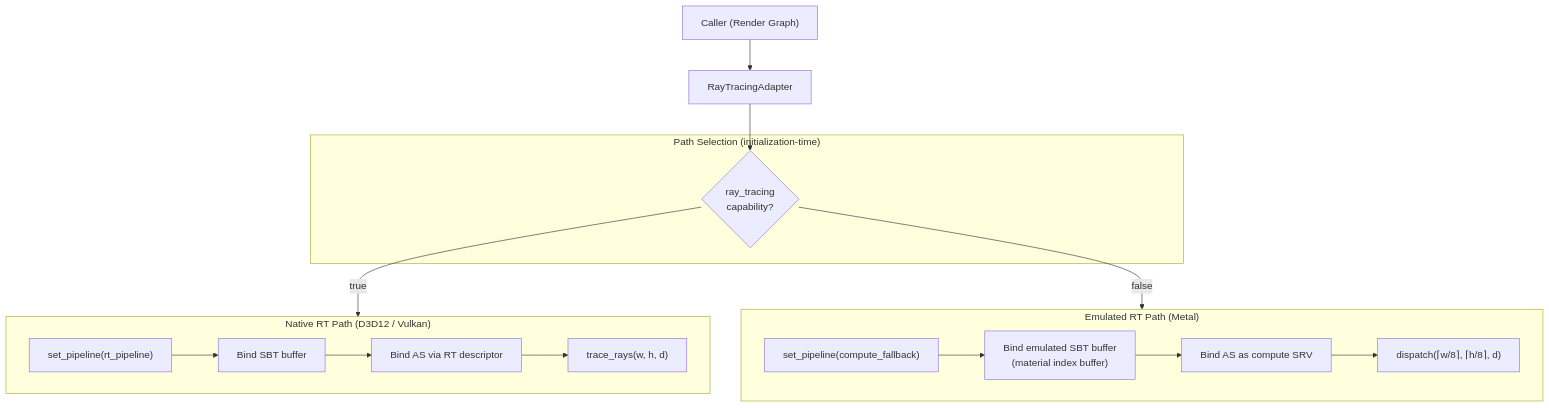
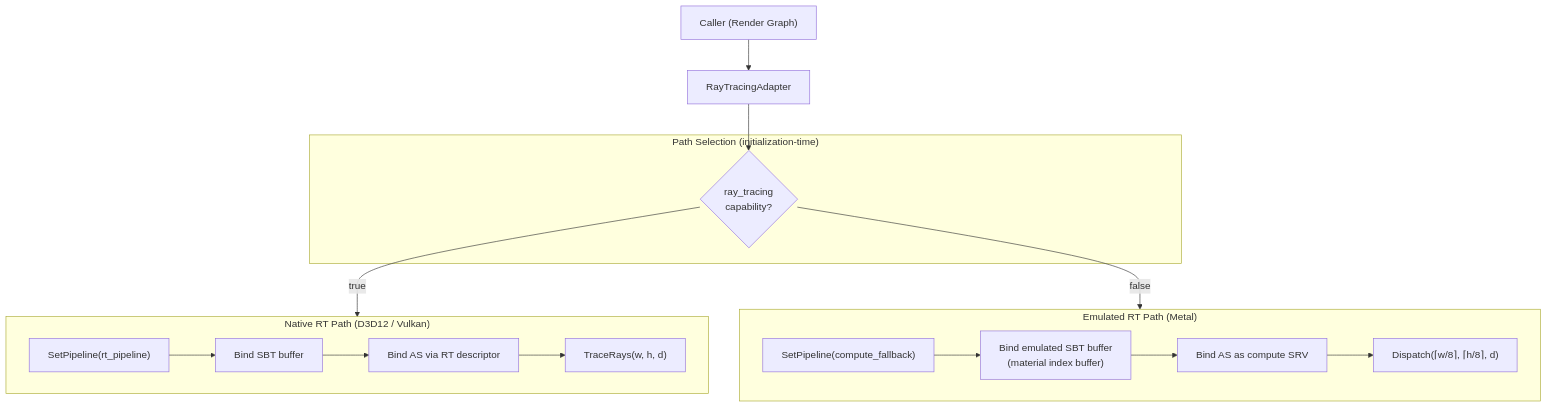
One commit to harmonius-dev/harmonius changed the fifth of 6 diagrams in docs/design/gpu-runtime.md. Above: the diagram before and after it, drawn with Mermaid. The commit also changed other lines of this file and 67 other files, not shown here.

````diff
--- a/docs/design/gpu-runtime.md
+++ b/docs/design/gpu-runtime.md
@@ -895,30 +882,30 @@
 ```mermaid
 flowchart TD
     Caller["Caller (Render Graph)"]
     RTA["RayTracingAdapter"]
 
     subgraph Decision["Path Selection (initialization-time)"]
         Cap{"ray_tracing<br/>capability?"}
     end
 
     subgraph Native["Native RT Path (D3D12 / Vulkan)"]
-        SetRT["set_pipeline(rt_pipeline)"]
+        SetRT["SetPipeline(rt_pipeline)"]
         BindSBT["Bind SBT buffer"]
         BindAS_N["Bind AS via RT descriptor"]
-        TraceRays["trace_rays(w, h, d)"]
+        TraceRays["TraceRays(w, h, d)"]
     end
 
     subgraph Emulated["Emulated RT Path (Metal)"]
-        SetComp["set_pipeline(compute_fallback)"]
+        SetComp["SetPipeline(compute_fallback)"]
         BindMat["Bind emulated SBT buffer<br/>(material index buffer)"]
         BindAS_E["Bind AS as compute SRV"]
-        Dispatch["dispatch(⌈w/8⌉, ⌈h/8⌉, d)"]
+        Dispatch["Dispatch(⌈w/8⌉, ⌈h/8⌉, d)"]
     end
 
     Caller --> RTA
     RTA --> Cap
     Cap -->|true| Native
     Cap -->|false| Emulated
     SetRT --> BindSBT --> BindAS_N --> TraceRays
     SetComp --> BindMat --> BindAS_E --> Dispatch
 ```
````
